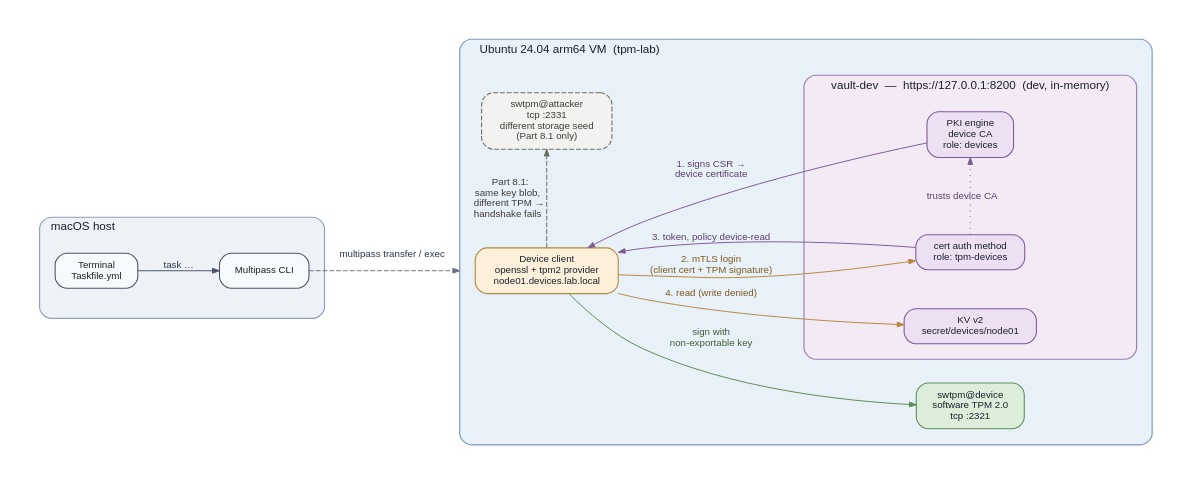
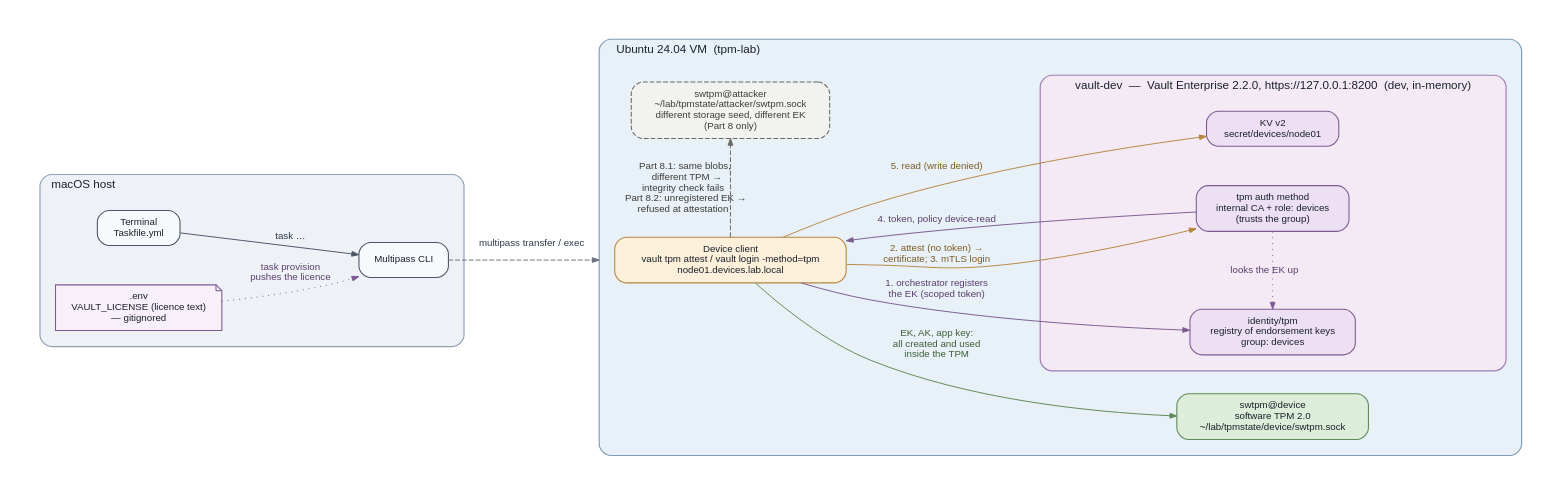
Before and after one commit to nhsy-hcp/multipass-vault-tpm: the diagram in docs/diagrams/topology.dot, drawn with Graphviz. The commit also changed 38 other files, not shown here.

First line of the commit message:
feat: replace cert auth with vault enterprise tpm auth method

```diff
--- a/docs/diagrams/topology.dot
+++ b/docs/diagrams/topology.dot
@@ -1,137 +1,146 @@
-// Vault TPM-backed cert auth lab — component topology.
+// Vault TPM auth lab — component topology.
 // Render: dot -Tpng -Gdpi=144 -o topology.png topology.dot
 // or: task docs:diagram
 
 digraph topology {
   rankdir=LR;
   bgcolor="white";
   compound=true;
   splines=spline;
   nodesep=0.55;
   ranksep=0.70;
   fontname="Helvetica";
   fontsize=12;
   fontcolor="#1a202c";
   pad=0.35;
 
   node [
     shape=box,
     style="rounded,filled",
     fontname="Helvetica",
     fontsize=10,
     color="#4a5568",
     fillcolor="#f7fafc",
     fontcolor="#1a202c",
     penwidth=1.1,
     margin="0.18,0.10"
   ];
 
   edge [
     fontname="Helvetica",
     fontsize=10,
     color="#4a5568",
     fontcolor="#2d3748",
     penwidth=1.0,
     arrowsize=0.7
   ];
 
   // ---------------------------------------------------------------- macOS host
   subgraph cluster_host {
     label="macOS host";
     labeljust="l";
     fontsize=12;
     fontcolor="#1a202c";
     margin=16;
     style="rounded,filled";
     fillcolor="#eef2f7";
     color="#8fa0b5";
     penwidth=1.2;
 
     term  [label="Terminal\nTaskfile.yml"];
     mpcli [label="Multipass CLI"];
+    bin   [
+      label=".env\nVAULT_LICENSE (licence text)\n— gitignored",
+      shape=note,
+      style="filled",
+      fillcolor="#f7f0fa",
+      color="#7d5b92",
+      fontsize=10
+    ];
 
     term -> mpcli [label="task …"];
+    bin -> mpcli [label="task provision\npushes the licence", style=dotted, color="#7d5b92", fontcolor="#5b3f6c"];
   }
 
   // ------------------------------------------------------------------- the VM
   subgraph cluster_vm {
-    label="Ubuntu 24.04 arm64 VM  (tpm-lab)";
+    label="Ubuntu 24.04 VM  (tpm-lab)";
     labeljust="l";
     fontsize=12;
     fontcolor="#1a202c";
     margin=16;
     style="rounded,filled";
     fillcolor="#e8f0f8";
     color="#7f9bb8";
     penwidth=1.2;
 
     tpm [
-      label="swtpm@device\nsoftware TPM 2.0\ntcp :2321",
+      label="swtpm@device\nsoftware TPM 2.0\n~/lab/tpmstate/device/swtpm.sock",
       fillcolor="#dcedd9",
       color="#5f8a57"
     ];
 
     attacker [
-      label="swtpm@attacker\ntcp :2331\ndifferent storage seed\n(Part 8.1 only)",
+      label="swtpm@attacker\n~/lab/tpmstate/attacker/swtpm.sock\ndifferent storage seed, different EK\n(Part 8 only)",
       style="rounded,filled,dashed",
       fillcolor="#f2f2f0",
       color="#6b6b64",
       fontcolor="#3d3d38"
     ];
 
     client [
-      label="Device client\nopenssl + tpm2 provider\nnode01.devices.lab.local",
+      label="Device client\nvault tpm attest / vault login -method=tpm\nnode01.devices.lab.local",
       fillcolor="#fdf0da",
       color="#b5883f"
     ];
 
     // ------------------------------------------------------------ Vault itself
     subgraph cluster_vault {
-      label="vault-dev  —  https://127.0.0.1:8200  (dev, in-memory)";
+      label="vault-dev  —  Vault Enterprise 2.2.0, https://127.0.0.1:8200  (dev, in-memory)";
       labeljust="l";
       fontsize=12;
       fontcolor="#1a202c";
       margin=16;
       style="rounded,filled";
       fillcolor="#f4eaf6";
       color="#9e7fae";
       penwidth=1.2;
 
-      pki  [label="PKI engine\ndevice CA\nrole: devices",   fillcolor="#ece0f2", color="#7d5b92"];
-      cert [label="cert auth method\nrole: tpm-devices",     fillcolor="#ece0f2", color="#7d5b92"];
-      kv   [label="KV v2\nsecret/devices/node01",            fillcolor="#ece0f2", color="#7d5b92"];
+      reg  [label="identity/tpm\nregistry of endorsement keys\ngroup: devices",         fillcolor="#ece0f2", color="#7d5b92"];
+      tpma [label="tpm auth method\ninternal CA + role: devices\n(trusts the group)",     fillcolor="#ece0f2", color="#7d5b92"];
+      kv   [label="KV v2\nsecret/devices/node01",                                      fillcolor="#ece0f2", color="#7d5b92"];
     }
   }
 
   // ---------------------------------------------------------------- host -> VM
   mpcli -> client [
     lhead=cluster_vm,
     # Trailing blank line lifts the text clear of the dashed spline, which
     # otherwise runs straight through it on this long horizontal edge.
     label="multipass transfer / exec\n ",
     style=dashed,
     color="#6b7280"
   ];
 
   // ----------------------------------------------------------------- lab flows
-  client -> tpm  [label="sign with\nnon-exportable key", color="#5f8a57", fontcolor="#3f5f39"];
-  pki    -> client [label="1. signs CSR →\ndevice certificate", color="#7d5b92", fontcolor="#5b3f6c"];
-  client -> cert   [label="2. mTLS login\n(client cert + TPM signature)", color="#b5883f", fontcolor="#7d5c22"];
-  cert   -> pki    [label="trusts device CA", style=dotted, constraint=false, color="#7d5b92", fontcolor="#5b3f6c"];
-  cert   -> client [label="3. token, policy device-read", color="#7d5b92", fontcolor="#5b3f6c"];
-  client -> kv     [label="4. read (write denied)", color="#b5883f", fontcolor="#7d5c22"];
+  client -> tpm    [label="EK, AK, app key:\nall created and used\ninside the TPM", color="#5f8a57", fontcolor="#3f5f39"];
+  client -> reg    [label="1. orchestrator registers\nthe EK (scoped token)", color="#7d5b92", fontcolor="#5b3f6c"];
+  client -> tpma   [label="2. attest (no token) →\ncertificate; 3. mTLS login", color="#b5883f", fontcolor="#7d5c22"];
+  tpma   -> reg    [label="looks the EK up", style=dotted, constraint=false, color="#7d5b92", fontcolor="#5b3f6c"];
+  tpma   -> client [label="4. token, policy device-read", color="#7d5b92", fontcolor="#5b3f6c"];
+  client -> kv     [label="5. read (write denied)", color="#b5883f", fontcolor="#7d5c22"];
 
   client -> attacker [
     # constraint=false leaves this edge out of rank assignment, so the spline
     # runs straight through a plain centred label. Graphviz trims whitespace
     # padding, so the clearance has to be structural: an HTML label with an
     # empty right-hand cell shifts the text off the line.
     label=<<TABLE BORDER="0" CELLBORDER="0" CELLPADDING="0" CELLSPACING="0"><TR>
-             <TD ALIGN="RIGHT">Part 8.1:<BR/>same key blob,<BR/>different TPM &#8594;<BR/>handshake fails</TD>
+             <TD ALIGN="RIGHT">Part 8.1: same blobs,<BR/>different TPM &#8594;<BR/>integrity check fails<BR/>Part 8.2: unregistered EK &#8594;<BR/>refused at attestation</TD>
              <TD WIDTH="24"></TD></TR></TABLE>>,
     style=dashed,
     color="#6b6b64",
     fontcolor="#3d3d38",
     constraint=false
   ];
 }
```
